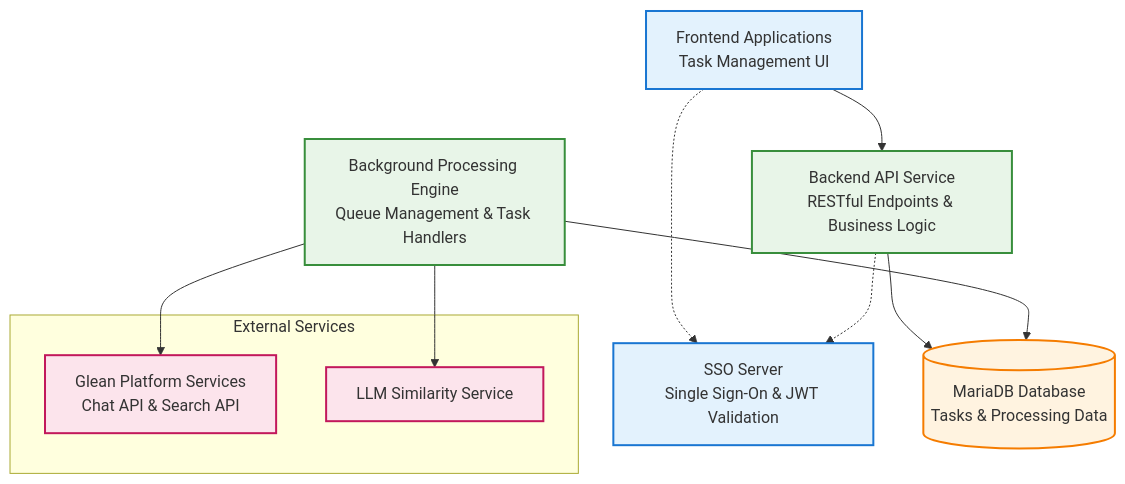
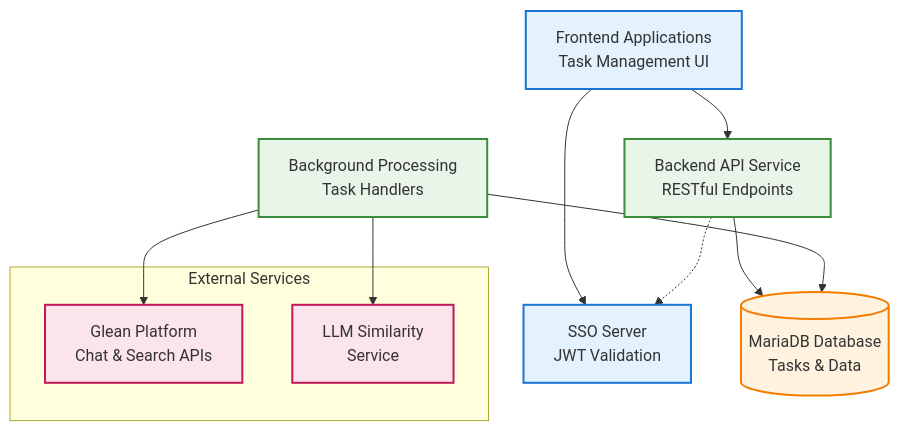
The first of 3 diagrams in docs/README.md (andrewhzy/cursor-learn), drawn with Mermaid before and after one commit. The commit also changed other lines of this file and 5 other files, not shown here.

````diff
--- a/docs/README.md
+++ b/docs/README.md
@@ -24,39 +24,39 @@
 ```mermaid
 graph TB
     %% User Interface Layer
     FE[Frontend Applications<br/>Task Management UI]
-    SSO[SSO Server<br/>Single Sign-On & JWT Validation]
+    SSO[SSO Server<br/>JWT Validation]
     
     %% Core Services
-    API[Backend API Service<br/>RESTful Endpoints & Business Logic]
-    BGP[Background Processing Engine<br/>Queue Management & Task Handlers]
+    API[Backend API Service<br/>RESTful Endpoints]
+    BGP[Background Processing<br/>Task Handlers]
     
     %% External Services
     subgraph "External Services"
-        Glean[Glean Platform Services<br/>Chat API & Search API]
-        LLM[LLM Similarity Service]
+        Glean[Glean Platform<br/>Chat & Search APIs]
+        LLM[LLM Similarity<br/>Service]
     end
     
     %% Data Layer
-    DB[(MariaDB Database<br/>Tasks & Processing Data)]
+    DB[(MariaDB Database<br/>Tasks & Data)]
     
     %% High-level connections (simplified)
     FE --> API
-    FE -.-> SSO
+    FE --> SSO
     API -.-> SSO
     API --> DB
     BGP --> DB
     BGP --> Glean
     BGP --> LLM
     
     %% Styling
     classDef frontend fill:#e3f2fd,stroke:#1976d2,stroke-width:2px
     classDef backend fill:#e8f5e8,stroke:#388e3c,stroke-width:2px
     classDef external fill:#fce4ec,stroke:#c2185b,stroke-width:2px
     classDef database fill:#fff3e0,stroke:#f57c00,stroke-width:2px
     
     class FE,SSO frontend
     class API,BGP backend
     class Glean,LLM external
     class DB database
 ```
````
